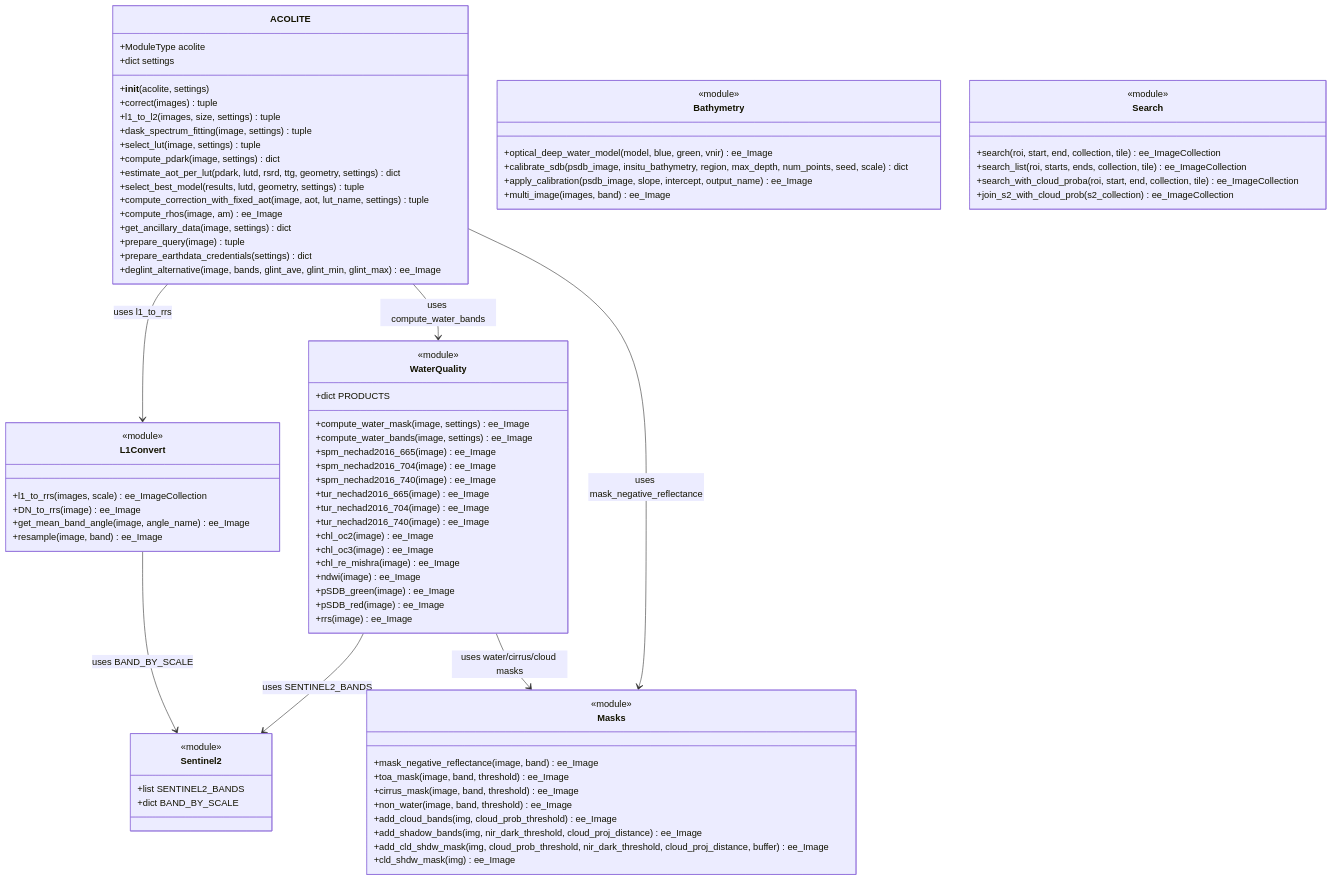
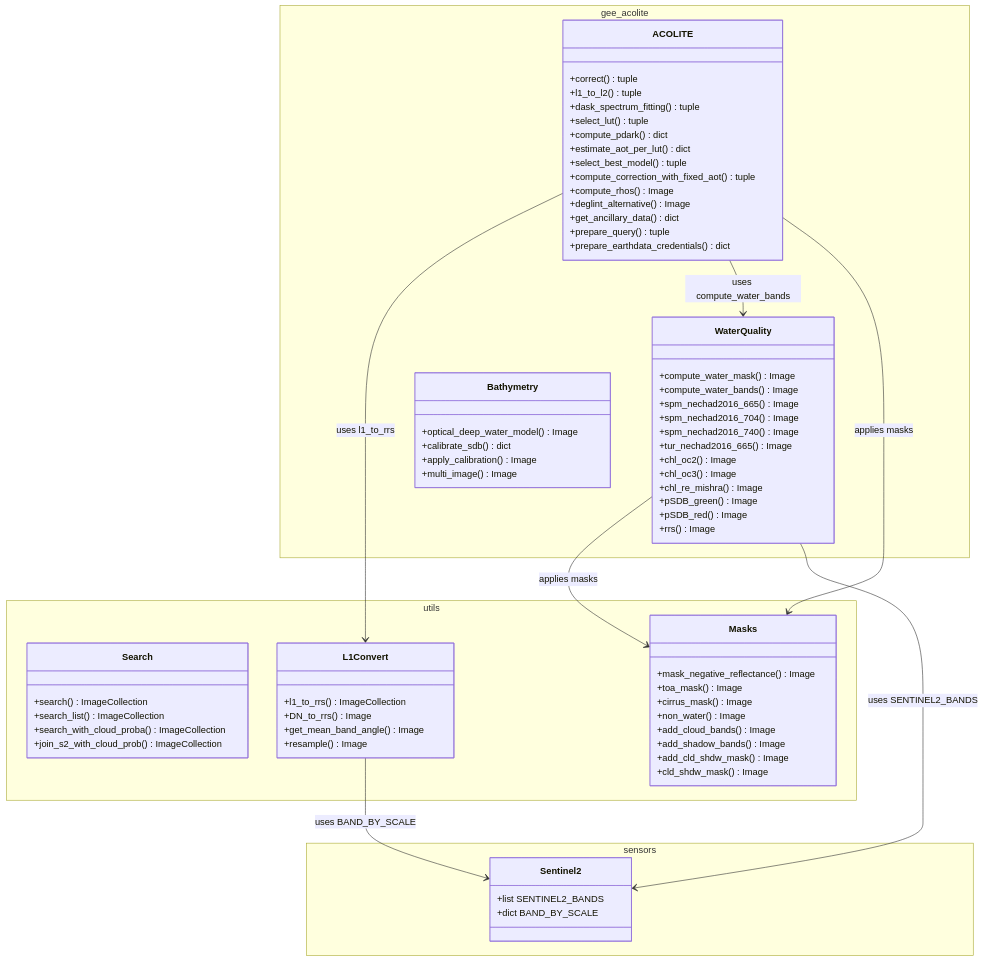
Before and after one commit to Aouei/gee_acolite: the first of 6 diagrams in docs/architecture/class_diagram.md, drawn with Mermaid. The commit also changed other lines of this file and 3 other files, not shown here.

Commit message:
FIX error un diagrams

````diff
--- a/docs/architecture/class_diagram.md
+++ b/docs/architecture/class_diagram.md
@@ -9,90 +9,79 @@
 ```mermaid
 classDiagram
-    class ACOLITE {
-        +ModuleType acolite
-        +dict settings
-        +__init__(acolite, settings)
-        +correct(images) tuple
-        +l1_to_l2(images, size, settings) tuple
-        +dask_spectrum_fitting(image, settings) tuple
-        +select_lut(image, settings) tuple
-        +compute_pdark(image, settings) dict
-        +estimate_aot_per_lut(pdark, lutd, rsrd, ttg, geometry, settings) dict
-        +select_best_model(results, lutd, geometry, settings) tuple
-        +compute_correction_with_fixed_aot(image, aot, lut_name, settings) tuple
-        +compute_rhos(image, am) ee_Image
-        +get_ancillary_data(image, settings) dict
-        +prepare_query(image) tuple
-        +prepare_earthdata_credentials(settings) dict
-        +deglint_alternative(image, bands, glint_ave, glint_min, glint_max) ee_Image
+    namespace gee_acolite {
+        class ACOLITE {
+            +correct() tuple
+            +l1_to_l2() tuple
+            +dask_spectrum_fitting() tuple
+            +select_lut() tuple
+            +compute_pdark() dict
+            +estimate_aot_per_lut() dict
+            +select_best_model() tuple
+            +compute_correction_with_fixed_aot() tuple
+            +compute_rhos() Image
+            +deglint_alternative() Image
+            +get_ancillary_data() dict
+            +prepare_query() tuple
+            +prepare_earthdata_credentials() dict
+        }
+        class WaterQuality {
+            +compute_water_mask() Image
+            +compute_water_bands() Image
+            +spm_nechad2016_665() Image
+            +spm_nechad2016_704() Image
+            +spm_nechad2016_740() Image
+            +tur_nechad2016_665() Image
+            +chl_oc2() Image
+            +chl_oc3() Image
+            +chl_re_mishra() Image
+            +pSDB_green() Image
+            +pSDB_red() Image
+            +rrs() Image
+        }
+        class Bathymetry {
+            +optical_deep_water_model() Image
+            +calibrate_sdb() dict
+            +apply_calibration() Image
+            +multi_image() Image
+        }
     }
 
-    class WaterQuality {
-        <<module>>
-        +dict PRODUCTS
-        +compute_water_mask(image, settings) ee_Image
-        +compute_water_bands(image, settings) ee_Image
-        +spm_nechad2016_665(image) ee_Image
-        +spm_nechad2016_704(image) ee_Image
-        +spm_nechad2016_740(image) ee_Image
-        +tur_nechad2016_665(image) ee_Image
-        +tur_nechad2016_704(image) ee_Image
-        +tur_nechad2016_740(image) ee_Image
-        +chl_oc2(image) ee_Image
-        +chl_oc3(image) ee_Image
-        +chl_re_mishra(image) ee_Image
-        +ndwi(image) ee_Image
-        +pSDB_green(image) ee_Image
-        +pSDB_red(image) ee_Image
-        +rrs(image) ee_Image
+    namespace utils {
+        class Search {
+            +search() ImageCollection
+            +search_list() ImageCollection
+            +search_with_cloud_proba() ImageCollection
+            +join_s2_with_cloud_prob() ImageCollection
+        }
+        class L1Convert {
+            +l1_to_rrs() ImageCollection
+            +DN_to_rrs() Image
+            +get_mean_band_angle() Image
+            +resample() Image
+        }
+        class Masks {
+            +mask_negative_reflectance() Image
+            +toa_mask() Image
+            +cirrus_mask() Image
+            +non_water() Image
+            +add_cloud_bands() Image
+            +add_shadow_bands() Image
+            +add_cld_shdw_mask() Image
+            +cld_shdw_mask() Image
+        }
     }
 
-    class Bathymetry {
-        <<module>>
-        +optical_deep_water_model(model, blue, green, vnir) ee_Image
-        +calibrate_sdb(psdb_image, insitu_bathymetry, region, max_depth, num_points, seed, scale) dict
-        +apply_calibration(psdb_image, slope, intercept, output_name) ee_Image
-        +multi_image(images, band) ee_Image
-    }
-
-    class Search {
-        <<module>>
-        +search(roi, start, end, collection, tile) ee_ImageCollection
-        +search_list(roi, starts, ends, collection, tile) ee_ImageCollection
-        +search_with_cloud_proba(roi, start, end, collection, tile) ee_ImageCollection
-        +join_s2_with_cloud_prob(s2_collection) ee_ImageCollection
-    }
-
-    class L1Convert {
-        <<module>>
-        +l1_to_rrs(images, scale) ee_ImageCollection
-        +DN_to_rrs(image) ee_Image
-        +get_mean_band_angle(image, angle_name) ee_Image
-        +resample(image, band) ee_Image
-    }
-
-    class Masks {
-        <<module>>
-        +mask_negative_reflectance(image, band) ee_Image
-        +toa_mask(image, band, threshold) ee_Image
-        +cirrus_mask(image, band, threshold) ee_Image
-        +non_water(image, band, threshold) ee_Image
-        +add_cloud_bands(img, cloud_prob_threshold) ee_Image
-        +add_shadow_bands(img, nir_dark_threshold, cloud_proj_distance) ee_Image
-        +add_cld_shdw_mask(img, cloud_prob_threshold, nir_dark_threshold, cloud_proj_distance, buffer) ee_Image
-        +cld_shdw_mask(img) ee_Image
-    }
-
-    class Sentinel2 {
-        <<module>>
-        +list SENTINEL2_BANDS
-        +dict BAND_BY_SCALE
+    namespace sensors {
+        class Sentinel2 {
+            +list SENTINEL2_BANDS
+            +dict BAND_BY_SCALE
+        }
     }
 
     ACOLITE --> L1Convert : uses l1_to_rrs
     ACOLITE --> WaterQuality : uses compute_water_bands
-    ACOLITE --> Masks : uses mask_negative_reflectance
-    WaterQuality --> Masks : uses water/cirrus/cloud masks
+    ACOLITE --> Masks : applies masks
+    WaterQuality --> Masks : applies masks
     WaterQuality --> Sentinel2 : uses SENTINEL2_BANDS
     L1Convert --> Sentinel2 : uses BAND_BY_SCALE
 ```
````
